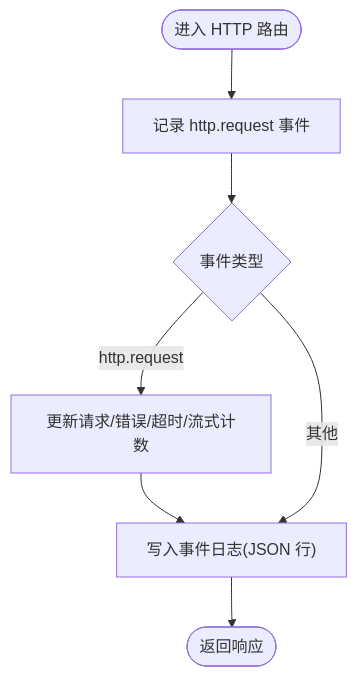
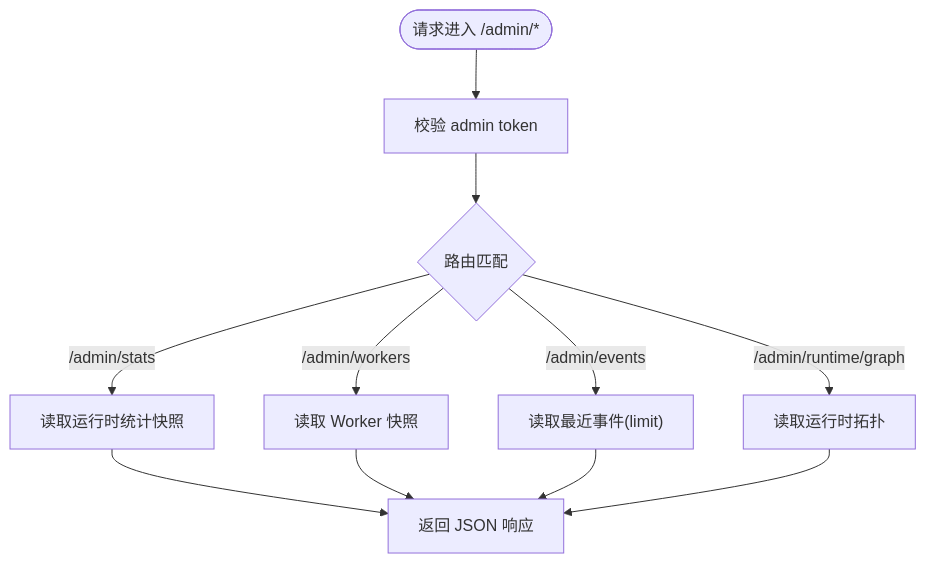
The fourth of 8 diagrams in .qoder/repowiki/zh/content/部署运维/监控告警.md (guweigang/vhttpd), drawn with Mermaid before and after one commit. The commit also changed other lines of this file and 697 other files, not shown here.

````diff
--- a/.qoder/repowiki/zh/content/部署运维/监控告警.md
+++ b/.qoder/repowiki/zh/content/部署运维/监控告警.md
@@ -124,9 +183,13 @@
 ```mermaid
 flowchart TD
-Start(["进入 HTTP 路由"]) --> Emit["记录 http.request 事件"]
-Emit --> Kind{"事件类型"}
-Kind --> |http.request| Stats["更新请求/错误/超时/流式计数"]
-Stats --> Log["写入事件日志(JSON 行)"]
-Kind --> |其他| Log
-Log --> End(["返回响应"])
+Start(["请求进入 /admin/*"]) --> CheckAuth["校验 admin token"]
+CheckAuth --> Route{"路由匹配"}
+Route --> |/admin/stats| Stats["读取运行时统计快照"]
+Route --> |/admin/workers| Workers["读取 Worker 快照"]
+Route --> |/admin/events| Events["读取最近事件(limit)"]
+Route --> |/admin/runtime/graph| Graph["读取运行时拓扑"]
+Stats --> Resp["返回 JSON 响应"]
+Workers --> Resp
+Events --> Resp
+Graph --> Resp
 ```
````
